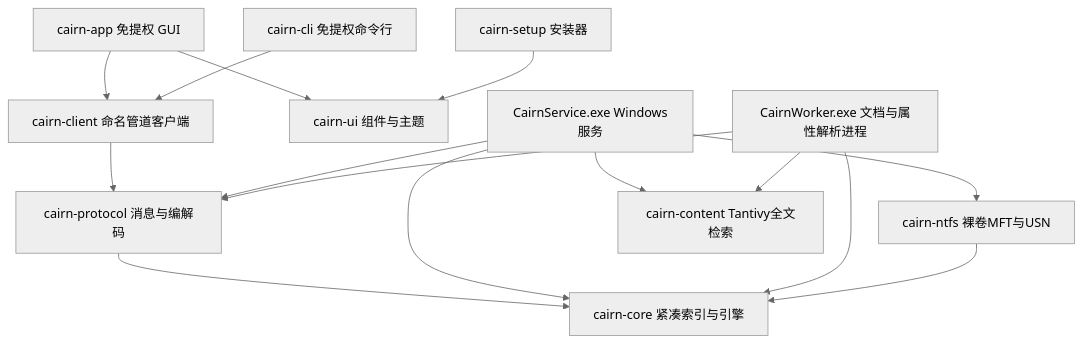
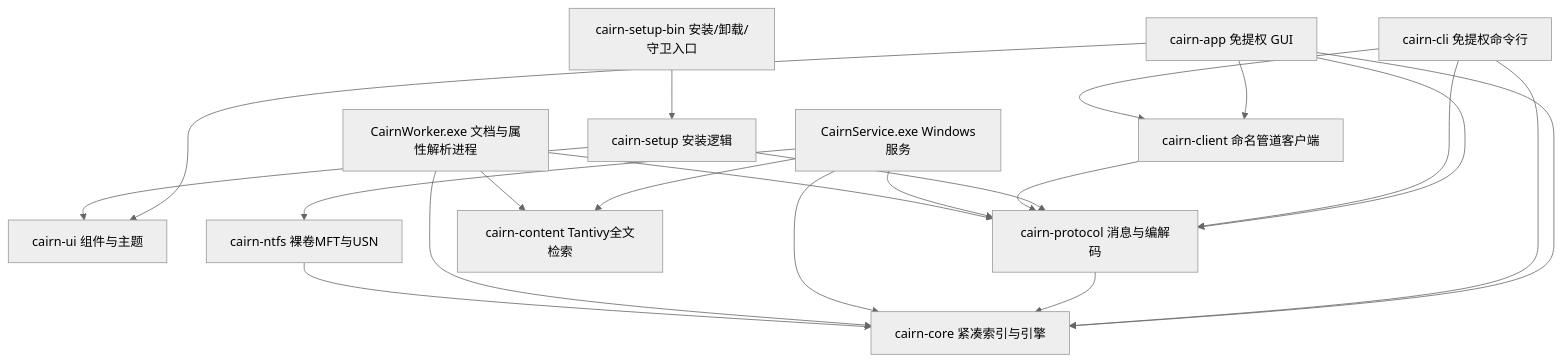
The first of 2 diagrams in docs/engineering/architecture.md (zyyyyynnn/Cairn), drawn with Mermaid (neutral theme) before and after one commit. The commit also changed other lines of this file and 112 other files, not shown here.

````diff
--- a/docs/engineering/architecture.md
+++ b/docs/engineering/architecture.md
@@ -10,20 +10,26 @@
 ```mermaid
 graph TD
     App[cairn-app 免提权 GUI] --> Client[cairn-client 命名管道客户端]
     App --> UI[cairn-ui 组件与主题]
+    App --> Protocol[cairn-protocol 消息与编解码]
+    App --> Core[cairn-core 紧凑索引与引擎]
     CLI[cairn-cli 免提权命令行] --> Client
-    Setup[cairn-setup 安装器] --> UI
-    Client --> Protocol[cairn-protocol 消息与编解码]
-    Protocol --> Core[cairn-core 紧凑索引与引擎]
+    CLI --> Protocol
+    CLI --> Core
+    SetupBin[cairn-setup-bin 安装/卸载/守卫入口] --> Setup[cairn-setup 安装逻辑]
+    Setup --> UI
+    Setup --> Protocol
+    Client --> Protocol
+    Protocol --> Core
 
     Service[CairnService.exe Windows服务] --> Core
     Service --> NTFS[cairn-ntfs 裸卷MFT与USN]
     Service --> Content[cairn-content Tantivy全文检索]
     Service --> Protocol
 
     Worker[CairnWorker.exe 文档与属性解析进程] --> Content
     Worker --> Protocol
     Worker --> Core
 
     NTFS --> Core
 ```
````
